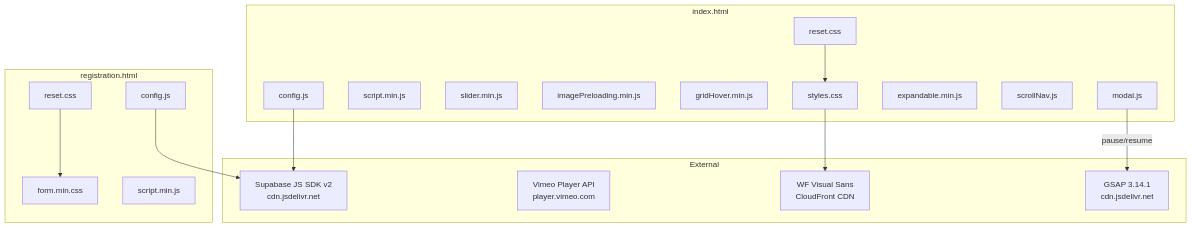
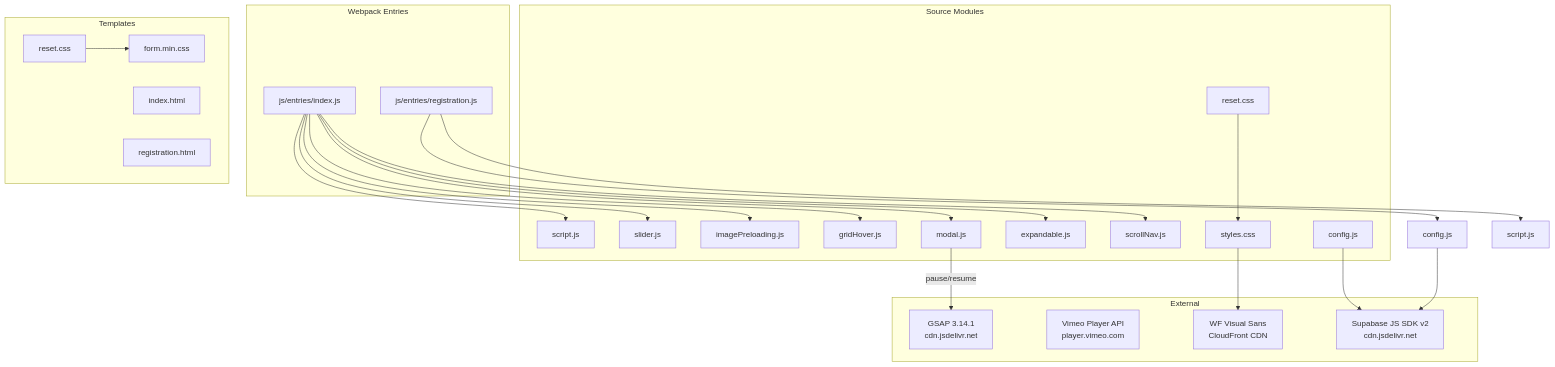
The second of 3 diagrams in README.md (hoangngo-sudo/drincatuic), drawn with Mermaid before and after one commit. The commit also changed other lines of this file, not shown here.

````diff
--- a/README.md
+++ b/README.md
@@ -53,32 +53,48 @@
 ```mermaid
 graph TD
     subgraph External
         SUPA["Supabase JS SDK v2<br/>cdn.jsdelivr.net"]
         VIMEO["Vimeo Player API<br/>player.vimeo.com"]
         FONT["WF Visual Sans<br/>CloudFront CDN"]
         GSAP["GSAP 3.14.1<br/>cdn.jsdelivr.net"]
     end
 
-    subgraph "index.html"
+    subgraph "Webpack Entries"
+        IDXE["js/entries/index.js"]
+        REGE["js/entries/registration.js"]
+    end
+
+    subgraph "Source Modules"
         RESET1[reset.css] --> STYLES[styles.css]
-        SCRIPT[script.min.js]
-        SLIDER[slider.min.js]
-        IMGPRE[imagePreloading.min.js]
-        GRIDHOV[gridHover.min.js]
+        SCRIPT[script.js]
+        SLIDER[slider.js]
+        IMGPRE[imagePreloading.js]
+        GRIDHOV[gridHover.js]
         MODAL[modal.js]
-        EXPAND[expandable.min.js]
+        EXPAND[expandable.js]
         SCROLLNAV[scrollNav.js]
         CONFIG1[config.js]
     end
 
-    subgraph "registration.html"
+    subgraph "Templates"
         RESET2[reset.css] --> FORMCSS[form.min.css]
-        SCRIPT2[script.min.js]
-        CONFIG2[config.js]
+        IDXHTML[index.html]
+        REGHTML[registration.html]
     end
+
+    IDXE --> SCRIPT
+    IDXE --> SLIDER
+    IDXE --> IMGPRE
+    IDXE --> GRIDHOV
+    IDXE --> MODAL
+    IDXE --> EXPAND
+    IDXE --> SCROLLNAV
+
+    REGE --> CONFIG2[config.js]
+    REGE --> SCRIPT2[script.js]
 
     CONFIG1 --> SUPA
     CONFIG2 --> SUPA
     STYLES --> FONT
     MODAL --> |pause/resume| GSAP
 ```
````
